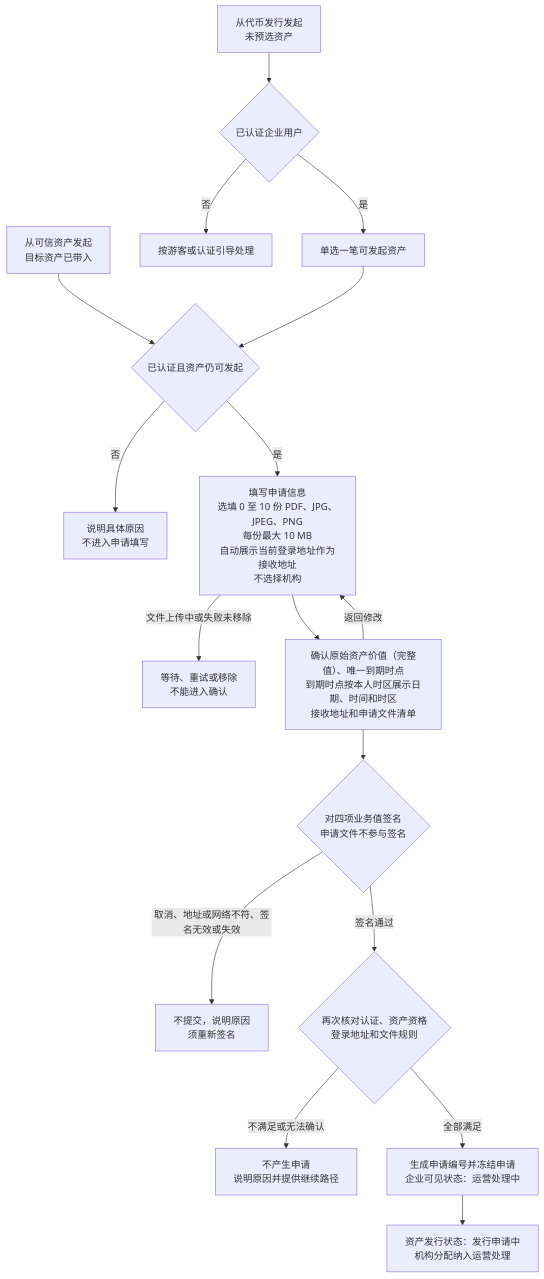
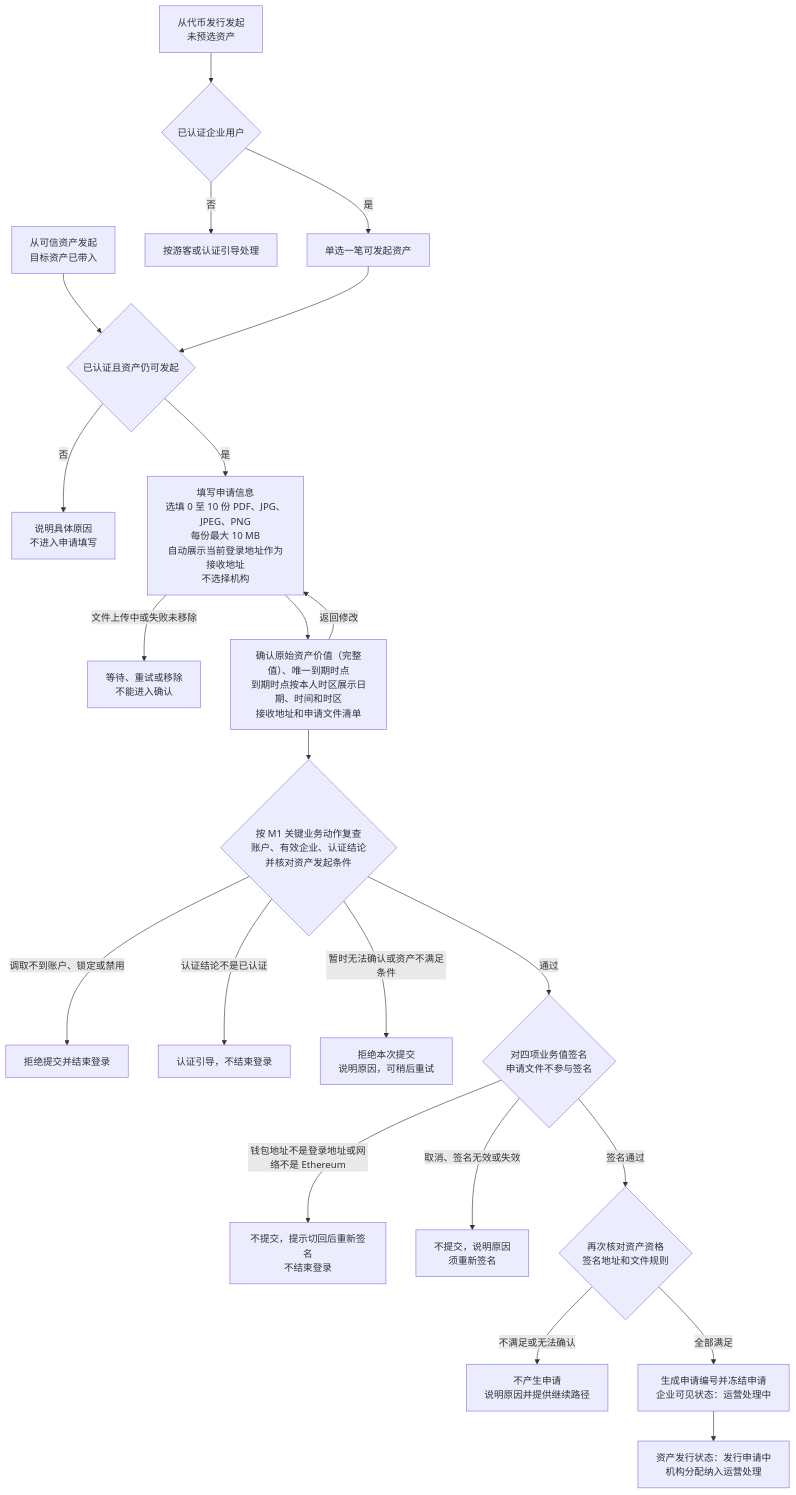
One commit to wxblockchain/Chain-Financing changed the first of 3 diagrams in token-issuance-platform/PRD/面客端/M3a-代币发行-企业申请/02-代币发行-企业申请-流程图与状态机.md. Above: the diagram before and after it, drawn with Mermaid. The commit also changed other lines of this file and 2 other files, not shown here.

Commit message:
prd(WS-509): align M3a with M1 identity rules and trim cross-module content
- Treat issuance submission as a key business action: re-check account,
  enterprise and certification via M1 C-AUTH-06 before wallet signing.
- Wallet address switch no longer ends login; only the signature fails
  and the user is asked to switch back and re-sign (M1 C-AUTH-03).
- Access for not-logged-in, guest and uncertified users follows M1.
- Re-apply entry only on the latest rejected application of an asset.
- Remove M3b/M4a details and legacy institution wording from M3a.
- Add AC-M3A-46; revise AC-M3A-01, 14, 23, 25, 38, 45.

````diff
--- a/token-issuance-platform/PRD/面客端/M3a-代币发行-企业申请/02-代币发行-企业申请-流程图与状态机.md
+++ b/token-issuance-platform/PRD/面客端/M3a-代币发行-企业申请/02-代币发行-企业申请-流程图与状态机.md
@@ -16,19 +16,24 @@
 ```mermaid
 flowchart TD
     A1[从可信资产发起<br/>目标资产已带入] --> B{已认证且资产仍可发起}
     A2[从代币发行发起<br/>未预选资产] --> C{已认证企业用户}
     C -->|否| C1[按游客或认证引导处理]
     C -->|是| D[单选一笔可发起资产]
     D --> B
     B -->|否| B1[说明具体原因<br/>不进入申请填写]
     B -->|是| E[填写申请信息<br/>选填 0 至 10 份 PDF、JPG、JPEG、PNG<br/>每份最大 10 MB<br/>自动展示当前登录地址作为接收地址<br/>不选择机构]
     E -->|文件上传中或失败未移除| E1[等待、重试或移除<br/>不能进入确认]
     E --> F[确认原始资产价值（完整值）、唯一到期时点<br/>到期时点按本人时区展示日期、时间和时区<br/>接收地址和申请文件清单]
     F -->|返回修改| E
-    F --> G{对四项业务值签名<br/>申请文件不参与签名}
-    G -->|取消、地址或网络不符、签名无效或失效| G1[不提交，说明原因<br/>须重新签名]
-    G -->|签名通过| H{再次核对认证、资产资格<br/>登录地址和文件规则}
+    F --> K{按 M1 关键业务动作复查<br/>账户、有效企业、认证结论<br/>并核对资产发起条件}
+    K -->|调取不到账户、锁定或禁用| K1[拒绝提交并结束登录]
+    K -->|认证结论不是已认证| K2[认证引导，不结束登录]
+    K -->|暂时无法确认或资产不满足条件| K3[拒绝本次提交<br/>说明原因，可稍后重试]
+    K -->|通过| G{对四项业务值签名<br/>申请文件不参与签名}
+    G -->|钱包地址不是登录地址或网络不是 Ethereum| G2[不提交，提示切回后重新签名<br/>不结束登录]
+    G -->|取消、签名无效或失效| G1[不提交，说明原因<br/>须重新签名]
+    G -->|签名通过| H{再次核对资产资格<br/>签名地址和文件规则}
     H -->|不满足或无法确认| H1[不产生申请<br/>说明原因并提供继续路径]
     H -->|全部满足| I[生成申请编号并冻结申请<br/>企业可见状态：运营处理中]
     I --> J[资产发行状态：发行申请中<br/>机构分配纳入运营处理]
 ```
````
